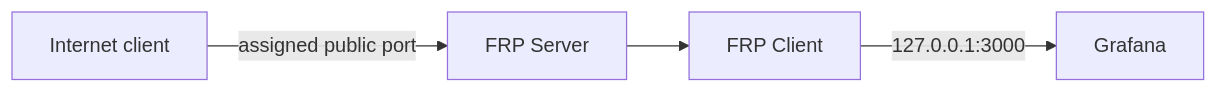
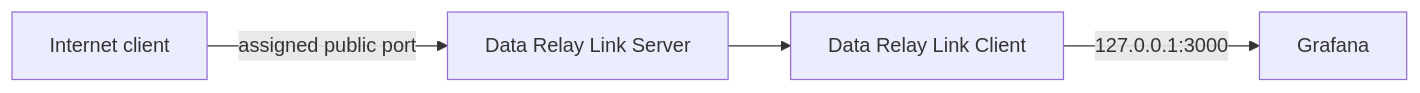
Before and after one commit to datarelay-labs/data-relay-link-docs: the first of 3 diagrams in ko/guides/custom-tcp-lan.mdx, drawn with Mermaid. The commit also changed other lines of this file and 32 other files, not shown here.

````diff
--- a/ko/guides/custom-tcp-lan.mdx
+++ b/ko/guides/custom-tcp-lan.mdx
@@ -19,6 +19,6 @@
 ```mermaid
 flowchart LR
-    U[Internet client] -->|assigned public port| S[FRP Server]
-    S --> C[FRP Client]
+    U[Internet client] -->|assigned public port| S[Data Relay Link Server]
+    S --> C[Data Relay Link Client]
     C -->|127.0.0.1:3000| G[Grafana]
 ```
````
